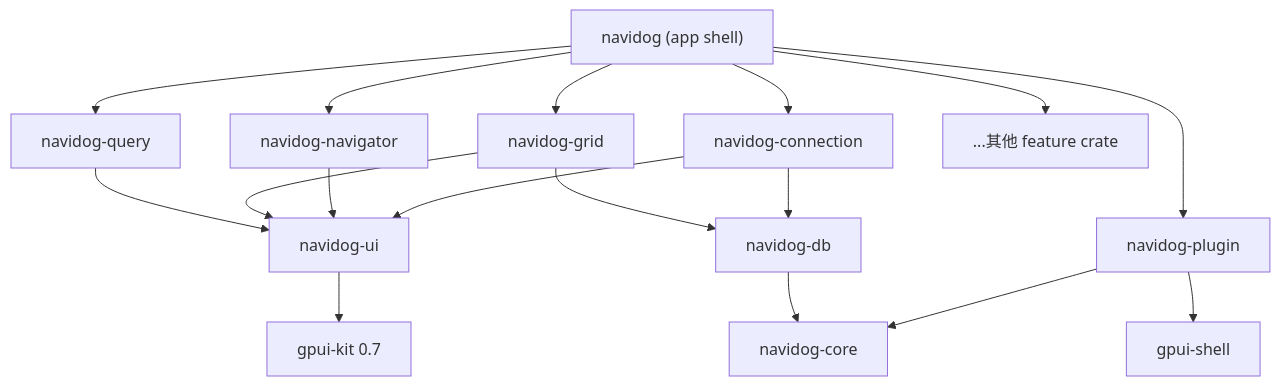
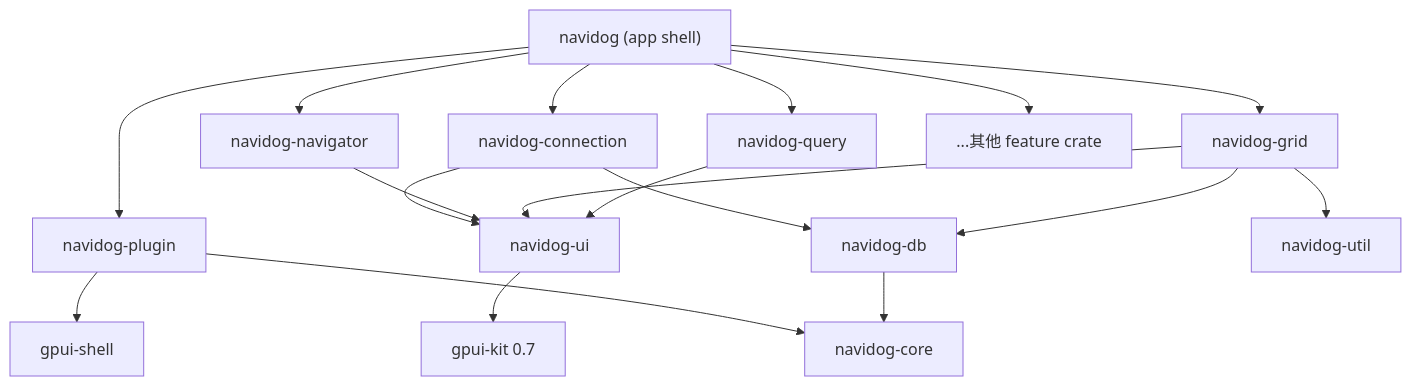
The first of 2 diagrams in docs/design/00-overview.md (xhofe/navidog), drawn with Mermaid before and after one commit. The commit also changed other lines of this file and 18 other files, not shown here.

First line of the commit message:
feat: introduce navidog-util crate for shared utility functions

````diff
--- a/docs/design/00-overview.md
+++ b/docs/design/00-overview.md
@@ -83,19 +83,20 @@
 ```mermaid
 flowchart TD
   shell["navidog (app shell)"] --> featConn[navidog-connection]
   shell --> featNav[navidog-navigator]
   shell --> featGrid[navidog-grid]
   shell --> featQuery[navidog-query]
   shell --> featMore["...其他 feature crate"]
   shell --> plugin[navidog-plugin]
   featConn --> ui[navidog-ui]
   featNav --> ui
   featGrid --> ui
   featQuery --> ui
   featConn --> db[navidog-db]
   featGrid --> db
+  featGrid --> util[navidog-util]
   plugin --> core[navidog-core]
   plugin --> gpuiShell[gpui-shell]
   db --> core
   ui --> kit["gpui-kit 0.7"]
 ```
````
